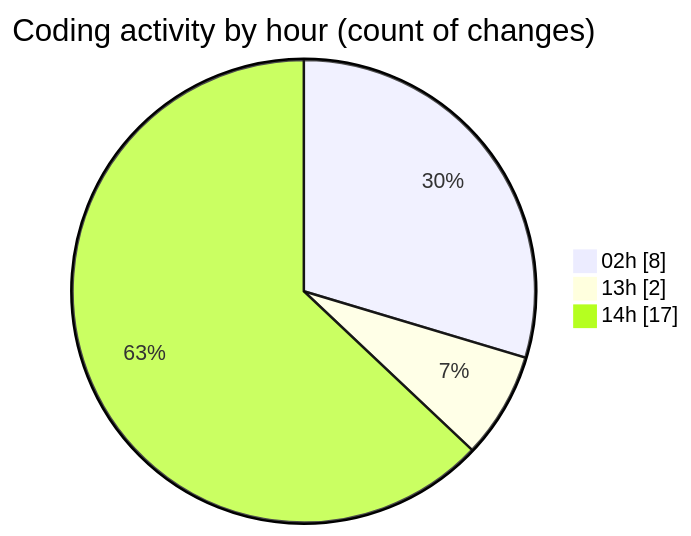
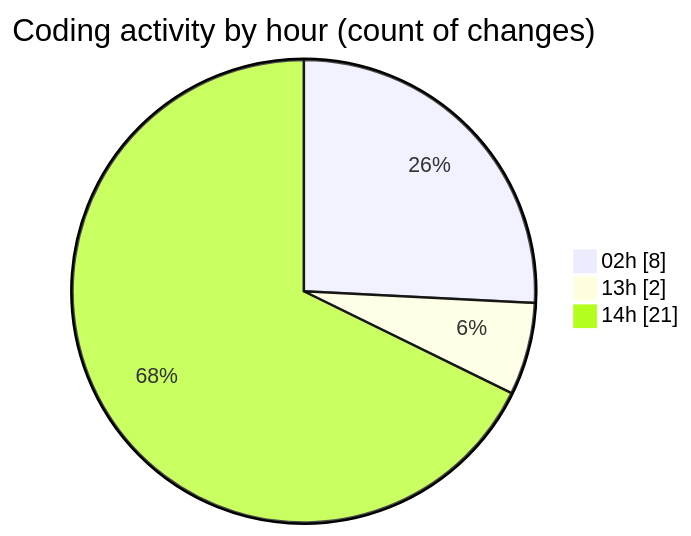
The second of 2 diagrams in 2025-02-16/trackers_app/README.md (donsfak/code-tracking), drawn with Mermaid before and after one commit. The commit also changed other lines of this file and 1 other file, not shown here.

````diff
--- a/2025-02-16/trackers_app/README.md
+++ b/2025-02-16/trackers_app/README.md
@@ -33,7 +33,7 @@
 ```mermaid
 pie showData
 title Coding activity by hour (count of changes)
 "02h" : 8
 "13h" : 2
-"14h" : 17
+"14h" : 21
 ```
````
